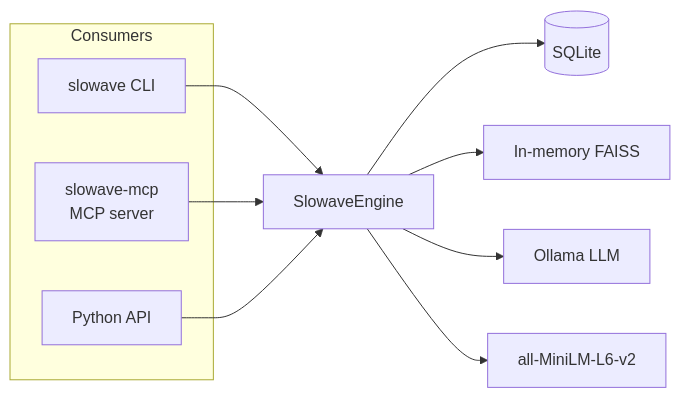
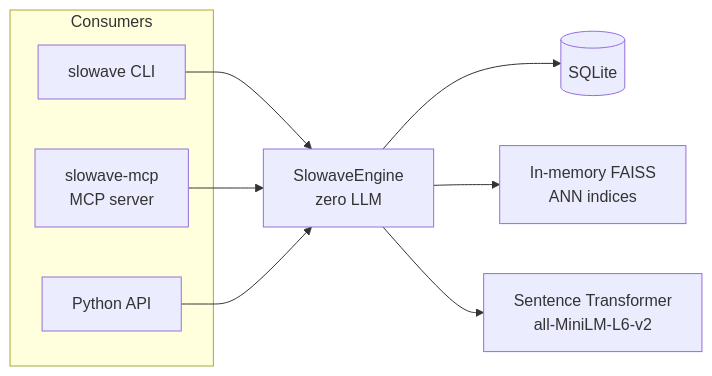
Before and after one commit to mrsalty/slowave: diagram 14 of 16 in docs/architecture.md, drawn with Mermaid. The commit also changed other lines of this file, not shown here.

Commit message:
integrate architecture documentation

````diff
--- a/docs/architecture.md
+++ b/docs/architecture.md
@@ -949,20 +962,18 @@
 ```mermaid
 flowchart LR
     subgraph Consumers
         CLI[slowave CLI]
-        MCP[slowave-mcp\nMCP server]
+        MCP[slowave-mcp<br/>MCP server]
         PY[Python API]
     end
-    ENGINE[SlowaveEngine]
+    ENGINE[SlowaveEngine<br/>zero LLM]
     DB[(SQLite)]
-    FAISS[In-memory FAISS]
-    OLLAMA[Ollama LLM]
-    ENCODER[all-MiniLM-L6-v2]
+    FAISS[In-memory FAISS<br/>ANN indices]
+    ENCODER[Sentence Transformer<br/>all-MiniLM-L6-v2]
     CLI --> ENGINE
     MCP --> ENGINE
     PY --> ENGINE
     ENGINE --> DB
     ENGINE --> FAISS
-    ENGINE --> OLLAMA
     ENGINE --> ENCODER
 ```
````
